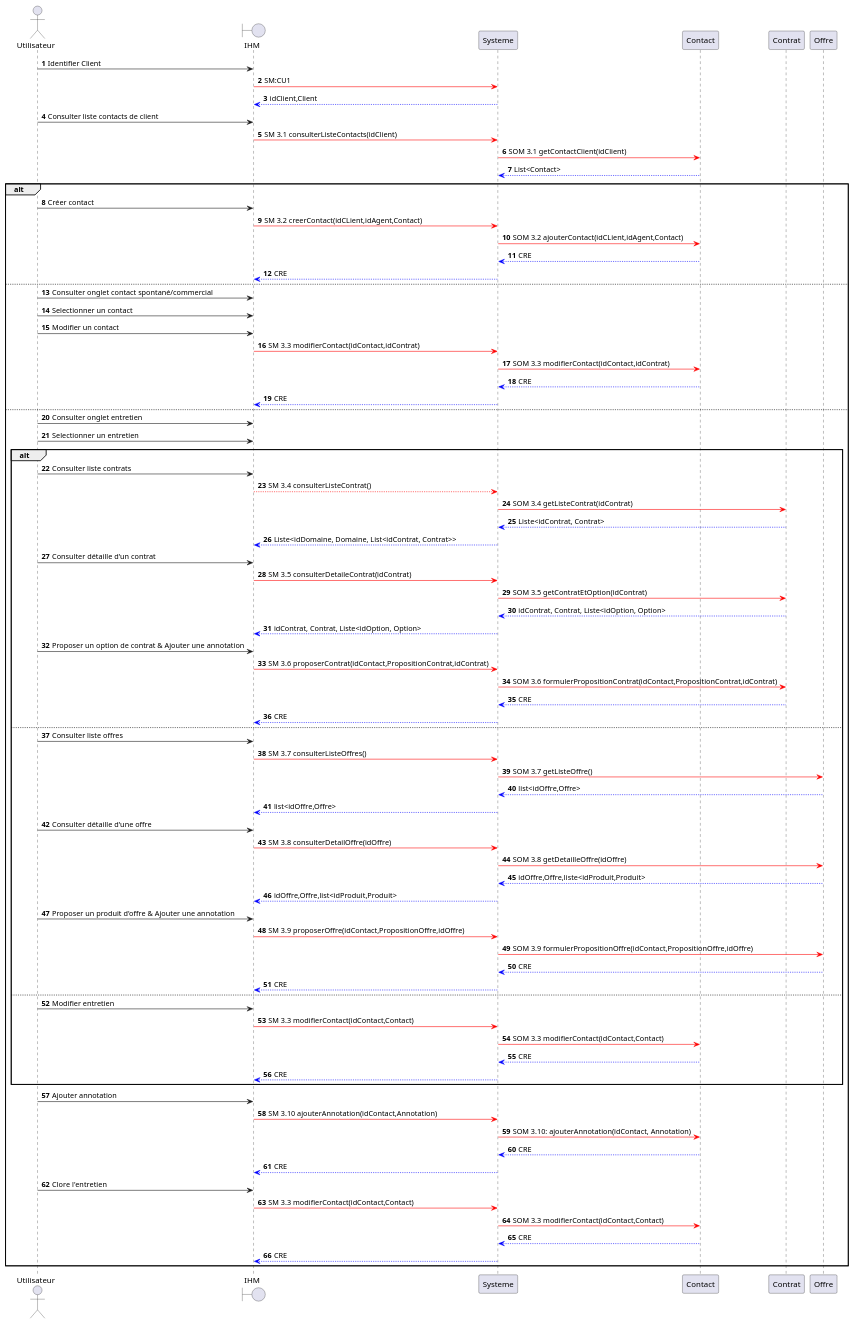
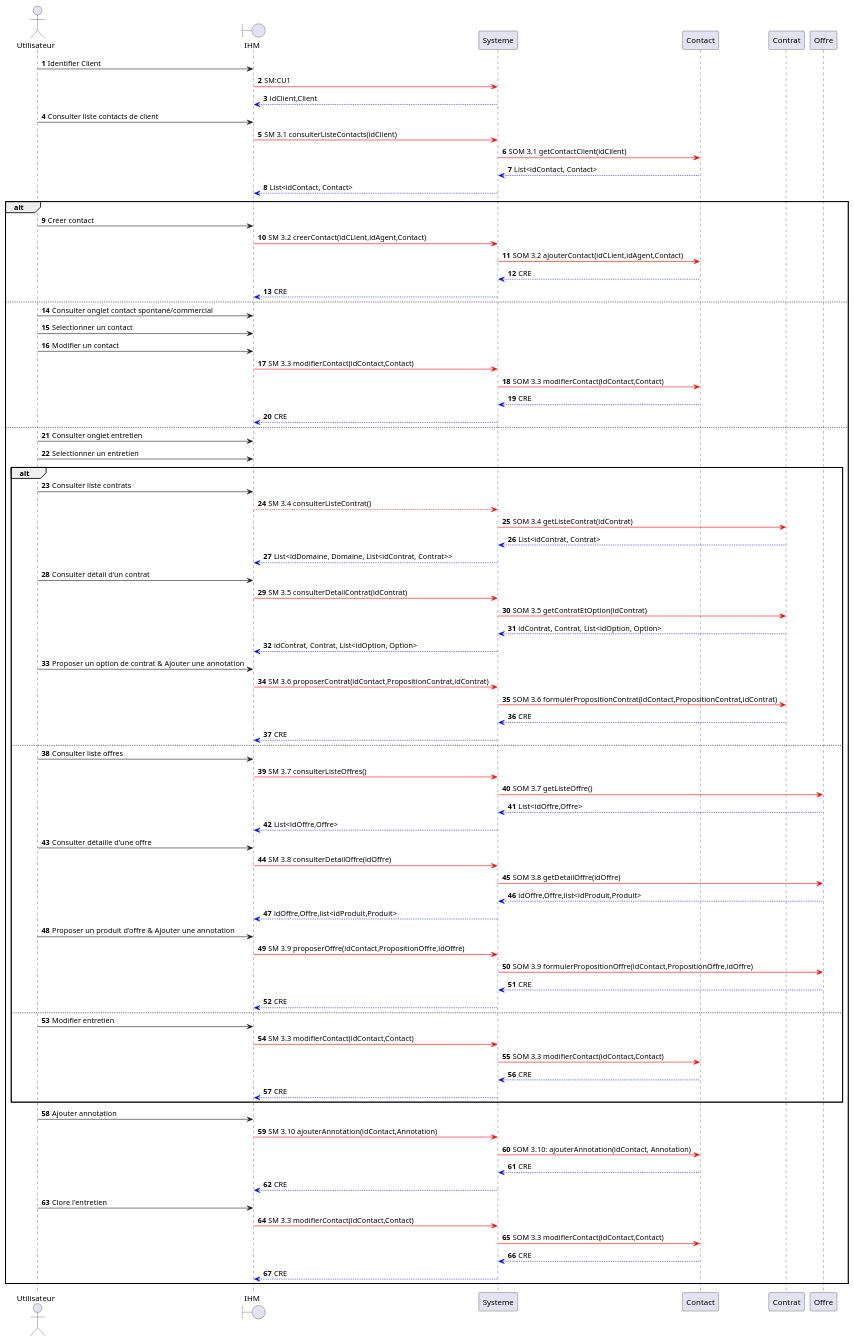
The diagram in src/documentation/CU3-DSD.puml (HZjiadong/PLD-MARS), drawn with PlantUML before and after one commit. The commit also changed 1 other file, not shown here.

```diff
--- a/src/documentation/CU3-DSD.puml
+++ b/src/documentation/CU3-DSD.puml
@@ -1,95 +1,96 @@
 @startuml
 actor Utilisateur as U
 boundary IHM as I
 participant Systeme as S
 participant Contact as C
 participant Contrat as CON
 participant Offre as O
 
 autonumber
 
 U->I: Identifier Client
 I-[#red]>S: SM:CU1
 S-[#0000FF]->I: idClient,Client
 
 U->I: Consulter liste contacts de client
 I-[#red]>S: SM 3.1 consulterListeContacts(idClient)
 S-[#red]>C: SOM 3.1 getContactClient(idClient)
-C-[#0000FF]->S: List<Contact>
+C-[#0000FF]->S: List<idContact, Contact>
+S-[#0000FF]->I: List<idContact, Contact>
 
 alt
     U->I: Créer contact
     I-[#red]>S: SM 3.2 creerContact(idCLient,idAgent,Contact)
     S-[#red]>C: SOM 3.2 ajouterContact(idCLient,idAgent,Contact)
     C-[#0000FF]->S: CRE
     S-[#0000FF]->I: CRE
 else
     U->I: Consulter onglet contact spontané/commercial
     U->I: Selectionner un contact
     U->I: Modifier un contact
-    I-[#red]>S: SM 3.3 modifierContact(idContact,idContrat)
-    S-[#red]>C: SOM 3.3 modifierContact(idContact,idContrat)
+    I-[#red]>S: SM 3.3 modifierContact(idContact,Contact)
+    S-[#red]>C: SOM 3.3 modifierContact(idContact,Contact)
     C-[#0000FF]->S: CRE
     S-[#0000FF]->I: CRE
 else
     U->I: Consulter onglet entretien
     U->I: Selectionner un entretien
     alt
         U->I: Consulter liste contrats
         I--[#red]>S: SM 3.4 consulterListeContrat()
         S-[#red]>CON: SOM 3.4 getListeContrat(idContrat)
-        CON-[#0000FF]->S: Liste<idContrat, Contrat>
-        S-[#0000FF]->I: Liste<idDomaine, Domaine, List<idContrat, Contrat>>
+        CON-[#0000FF]->S: List<idContrat, Contrat>
+        S-[#0000FF]->I: List<idDomaine, Domaine, List<idContrat, Contrat>>
 
 
 
-        U->I: Consulter détaille d'un contrat
-        I-[#red]>S: SM 3.5 consulterDetaileContrat(idContrat)
+        U->I: Consulter détail d'un contrat
+        I-[#red]>S: SM 3.5 consulterDetailContrat(idContrat)
         S -[#red]> CON : SOM 3.5 getContratEtOption(idContrat)
-        CON -[#0000FF]-> S : idContrat, Contrat, Liste<idOption, Option>
-        S -[#0000FF]-> I: idContrat, Contrat, Liste<idOption, Option>
+        CON -[#0000FF]-> S : idContrat, Contrat, List<idOption, Option>
+        S -[#0000FF]-> I: idContrat, Contrat, List<idOption, Option>
 
         U->I: Proposer un option de contrat & Ajouter une annotation
         I-[#red]>S: SM 3.6 proposerContrat(idContact,PropositionContrat,idContrat)
         S-[#red]>CON: SOM 3.6 formulerPropositionContrat(idContact,PropositionContrat,idContrat)
         CON-[#0000FF]->S: CRE
         S-[#0000FF]->I: CRE
     else
         U->I: Consulter liste offres
         I-[#red]>S: SM 3.7 consulterListeOffres()
         S-[#red]>O: SOM 3.7 getListeOffre()
-        O-[#0000FF]->S: list<idOffre,Offre>
-        S-[#0000FF]->I: list<idOffre,Offre>
+        O-[#0000FF]->S: List<idOffre,Offre>
+        S-[#0000FF]->I: List<idOffre,Offre>
 
         U->I: Consulter détaille d'une offre
         I-[#red]>S: SM 3.8 consulterDetailOffre(idOffre)
-        S -[#red]> O : SOM 3.8 getDetailleOffre(idOffre)
-        O -[#0000FF]-> S : idOffre,Offre,liste<idProduit,Produit>
+        S -[#red]> O : SOM 3.8 getDetailOffre(idOffre)
+        O -[#0000FF]-> S : idOffre,Offre,list<idProduit,Produit>
         S-[#0000FF]->I: idOffre,Offre,list<idProduit,Produit>
 
         U->I: Proposer un produit d'offre & Ajouter une annotation
         I-[#red]>S: SM 3.9 proposerOffre(idContact,PropositionOffre,idOffre)
         S-[#red]>O: SOM 3.9 formulerPropositionOffre(idContact,PropositionOffre,idOffre)
         O-[#0000FF]->S: CRE
         S-[#0000FF]->I: CRE
     else
         U->I: Modifier entretien
         I-[#red]>S: SM 3.3 modifierContact(idContact,Contact)
         S-[#red]>C: SOM 3.3 modifierContact(idContact,Contact)
         C-[#0000FF]->S: CRE
         S-[#0000FF]->I: CRE
     end
     U->I: Ajouter annotation
     I-[#red]>S: SM 3.10 ajouterAnnotation(idContact,Annotation)
     S-[#red]>C: SOM 3.10: ajouterAnnotation(idContact, Annotation)
     C-[#0000FF]->S:CRE
     S-[#0000FF]->I: CRE
 
     U->I: Clore l'entretien
     I-[#red]>S: SM 3.3 modifierContact(idContact,Contact)
     S-[#red]>C: SOM 3.3 modifierContact(idContact,Contact)
     C-[#0000FF]->S: CRE
     S-[#0000FF]->I: CRE
 end
 
 @enduml
```
